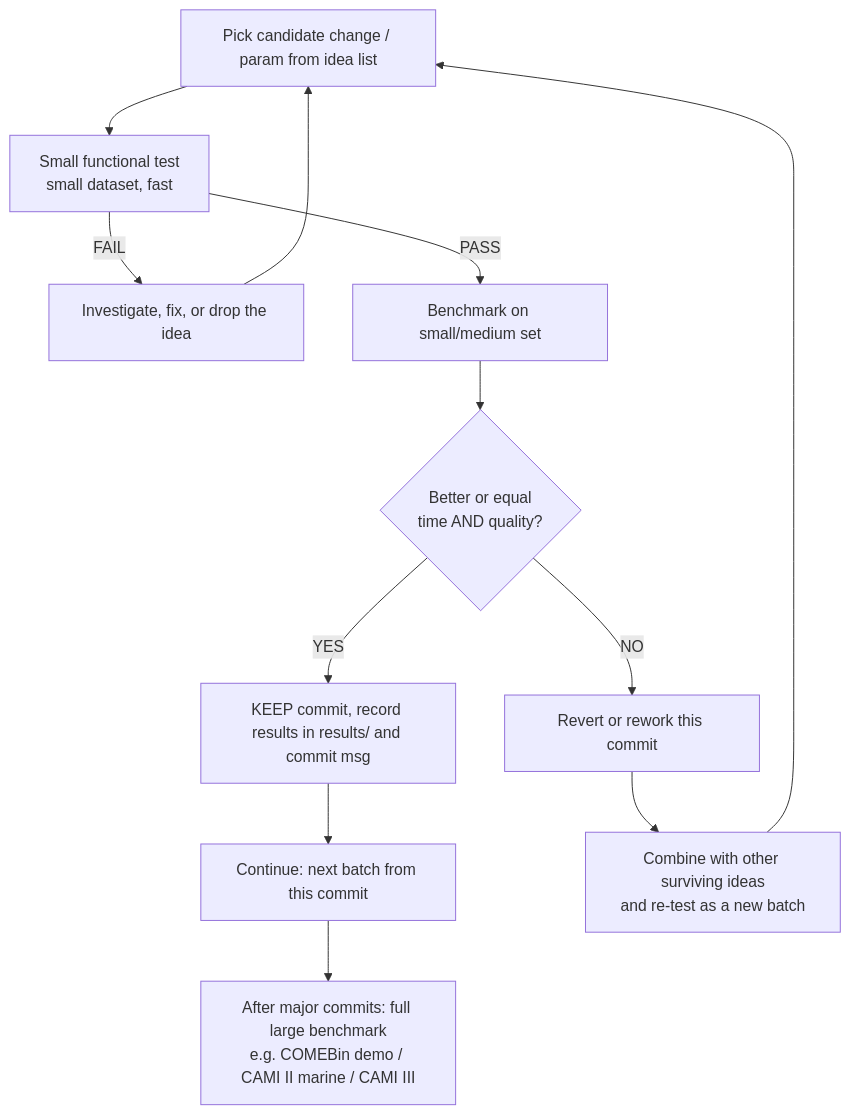
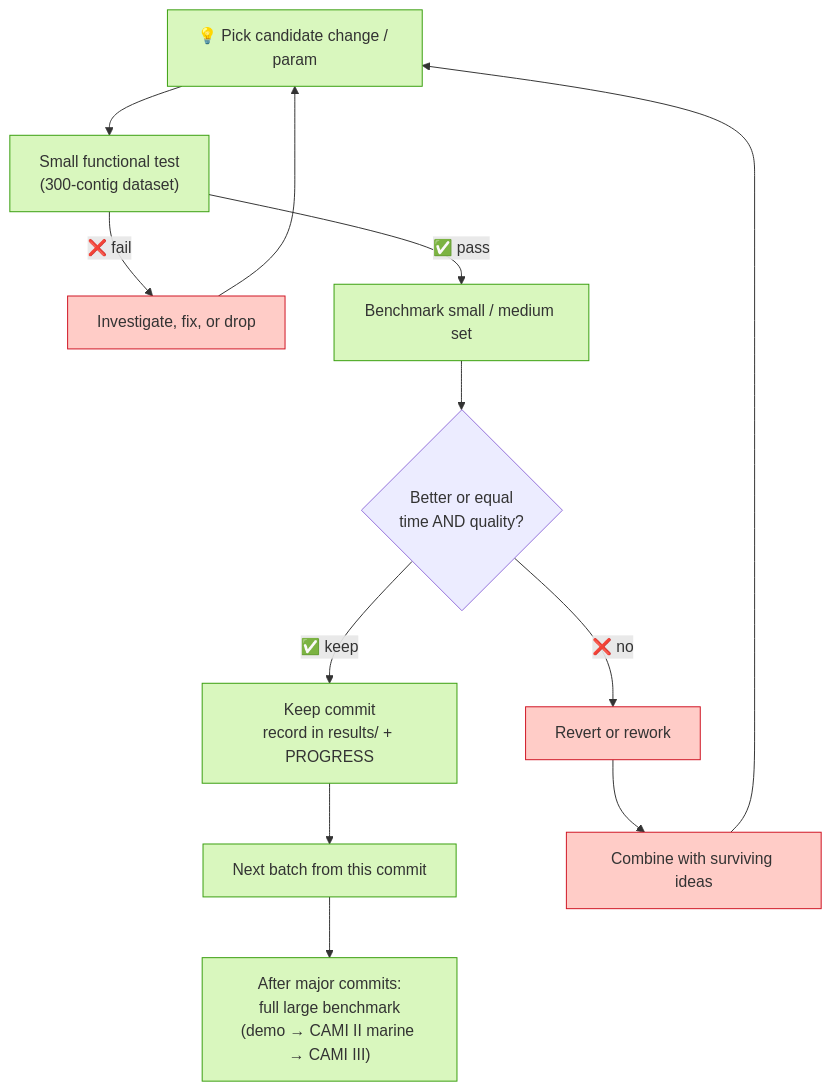
The diagram in docs/09-optimization-strategy.md (paulzierep/metagenomic-binning-benchmark), drawn with Mermaid before and after one commit. The commit also changed other lines of this file and 7 other files, not shown here.

First line of the commit message:
results: per-bin quality for all evaluated runs + README flowchart (issues #15, #7)

````diff
--- a/docs/09-optimization-strategy.md
+++ b/docs/09-optimization-strategy.md
@@ -34,14 +34,16 @@
 ```mermaid
 flowchart TD
-    A[Pick candidate change / param from idea list] --> B[Small functional test<br/>small dataset, fast]
-    B -->|FAIL| G[Investigate, fix, or drop the idea]
-    G --> A
-    B -->|PASS| C[Benchmark on small/medium set]
-    C --> D{Better or equal<br/>time AND quality?}
-    D -->|YES| E[KEEP commit, record results in results/ and commit msg]
-    E --> F[Continue: next batch from this commit]
-    D -->|NO| H[Revert or rework this commit]
-    H --> I[Combine with other surviving ideas<br/>and re-test as a new batch]
-    I --> A
-    F --> J[After major commits: full large benchmark<br/>e.g. COMEBin demo / CAMI II marine / CAMI III]
+    A["💡 Pick candidate change / param"] --> B["Small functional test<br/>(300-contig dataset)"]
+    B -->|"❌ fail"| G["Investigate, fix, or drop"] --> A
+    B -->|"✅ pass"| C["Benchmark small / medium set"]
+    C --> D{"Better or equal<br/>time AND quality?"}
+    D -->|"✅ keep"| E["Keep commit<br/>record in results/ + PROGRESS"]
+    E --> F["Next batch from this commit"]
+    D -->|"❌ no"| H["Revert or rework"]
+    H --> I["Combine with surviving ideas"] --> A
+    F --> J["After major commits:<br/>full large benchmark<br/>(demo → CAMI II marine → CAMI III)"]
+    classDef keep fill:#d9f7be,stroke:#389e0d;
+    classDef drop fill:#ffccc7,stroke:#cf1322;
+    class A,B,C,E,F,J keep;
+    class G,H,I drop;
 ```
````
